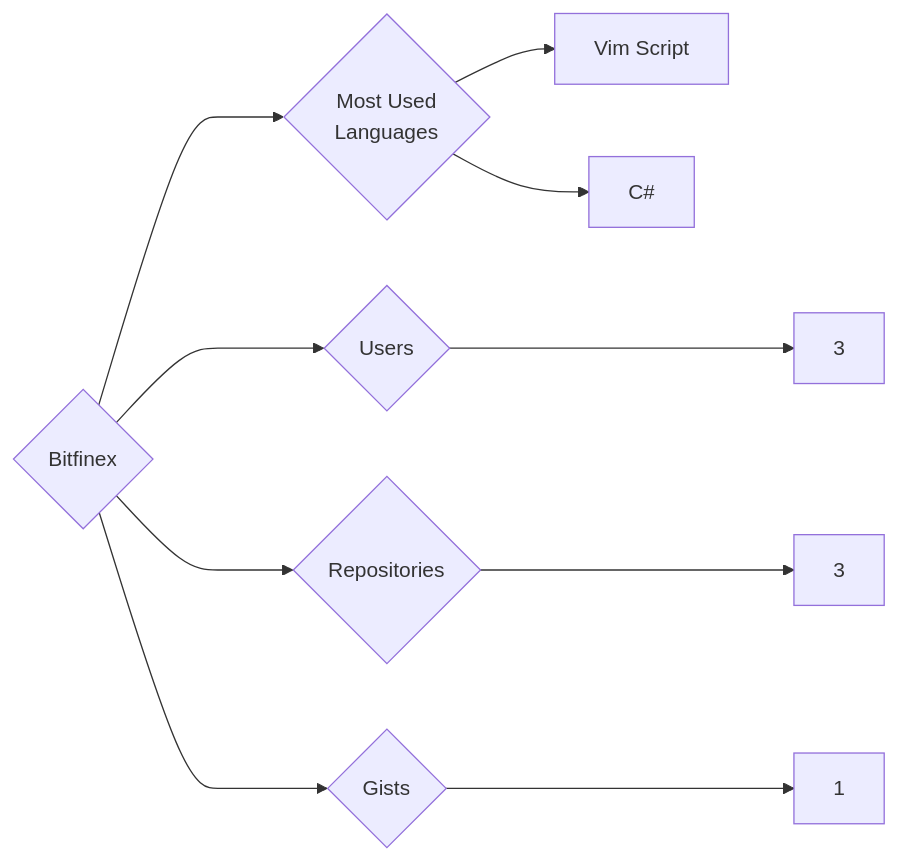
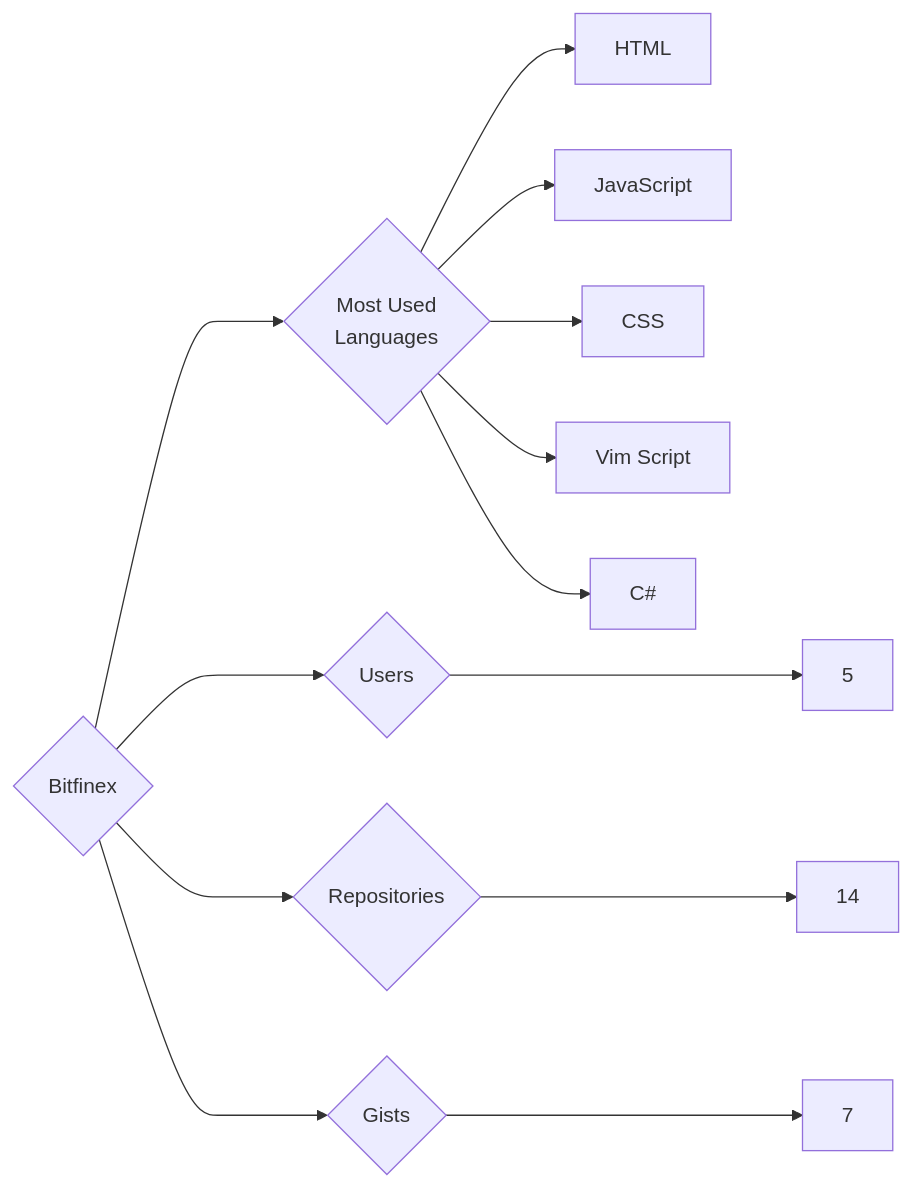
The diagram in targets/Bitfinex/README.md (trickest/insiders), drawn with Mermaid before and after one commit. The commit also changed 1036 other files, not shown here.

````diff
--- a/targets/Bitfinex/README.md
+++ b/targets/Bitfinex/README.md
@@ -3,10 +3,13 @@
 ```mermaid
 graph LR
 COMPANY_NAME{Bitfinex}
-COMPANY_NAME ---> U{Users} ---> UN[3]
-COMPANY_NAME ---> R{Repositories} ---> RN[3]
-COMPANY_NAME ---> G{Gists} ---> GN[1]
+COMPANY_NAME ---> U{Users} ---> UN[5]
+COMPANY_NAME ---> R{Repositories} ---> RN[14]
+COMPANY_NAME ---> G{Gists} ---> GN[7]
 COMPANY_NAME ---> ML{Most Used<br>Languages}
+ML --> HTML[HTML]
+ML --> JavaScript[JavaScript]
+ML --> CSS[CSS]
 ML --> Vim_Script[Vim Script]
 ML --> C#[C#]
 ```
````
